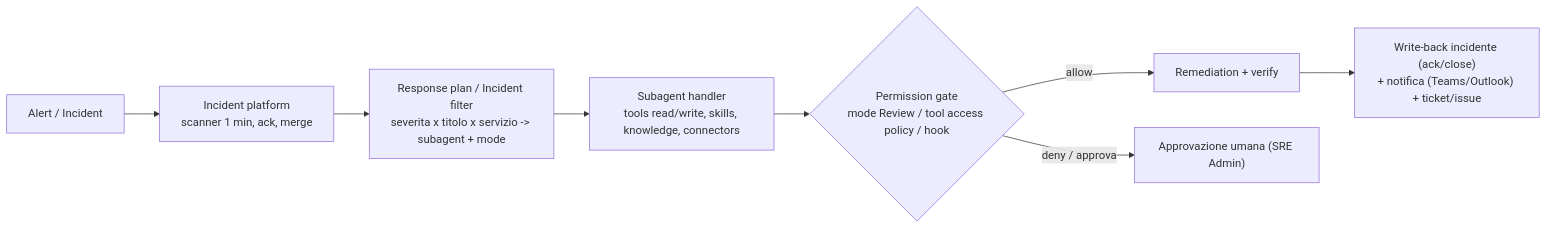
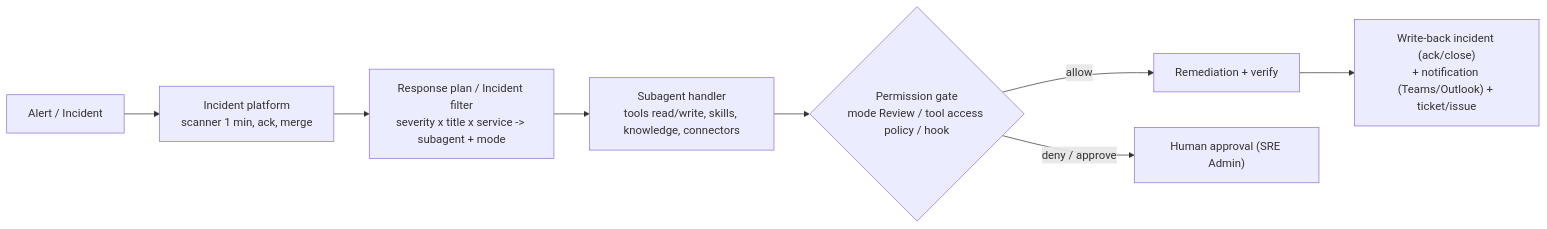
Before and after one commit to microsoft/frontier-sre-agent-rvas: the first of 5 diagrams in Coach/Solutions/docs/azure-sre-agent/sre-agent-guidelines-best-practices-use-cases-how-to.md, drawn with Mermaid. The commit also changed other lines of this file and 2 other files, not shown here.

````diff
--- a/Coach/Solutions/docs/azure-sre-agent/sre-agent-guidelines-best-practices-use-cases-how-to.md
+++ b/Coach/Solutions/docs/azure-sre-agent/sre-agent-guidelines-best-practices-use-cases-how-to.md
@@ -513,10 +513,10 @@
 ```mermaid
 flowchart LR
   ALERT["Alert / Incident"] --> PLAT["Incident platform<br/>scanner 1 min, ack, merge"]
-  PLAT --> RP["Response plan / Incident filter<br/>severita x titolo x servizio -> subagent + mode"]
+  PLAT --> RP["Response plan / Incident filter<br/>severity x title x service -> subagent + mode"]
   RP --> SA["Subagent handler<br/>tools read/write, skills, knowledge, connectors"]
   SA --> GATE{"Permission gate<br/>mode Review / tool access policy / hook"}
   GATE -->|allow| ACT["Remediation + verify"]
-  GATE -->|deny / approva| HUMAN["Approvazione umana (SRE Admin)"]
-  ACT --> WB["Write-back incidente (ack/close)<br/>+ notifica (Teams/Outlook) + ticket/issue"]
+  GATE -->|deny / approve| HUMAN["Human approval (SRE Admin)"]
+  ACT --> WB["Write-back incident (ack/close)<br/>+ notification (Teams/Outlook) + ticket/issue"]
 ```
````
